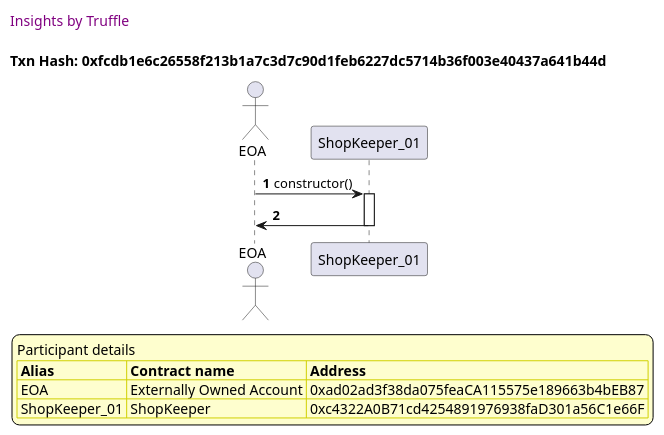
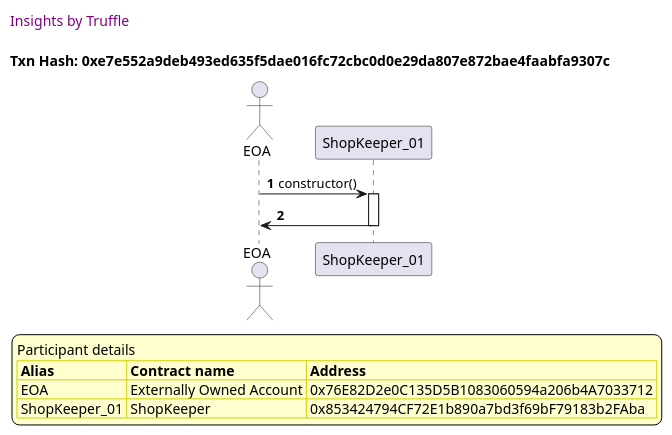
One commit to thedarkjester/ConsensysAssignment changed the eighth of 10 diagrams in truffle-seq/Shop_test_shopkeeper_add_shop.md. Above: the diagram before and after it, drawn with PlantUML. The commit also changed other lines of this file and 13 other files, not shown here.

````diff
--- a/truffle-seq/Shop_test_shopkeeper_add_shop.md
+++ b/truffle-seq/Shop_test_shopkeeper_add_shop.md
@@ -394,37 +364,37 @@
 ```plantuml
 
 
 @startuml
 
 autonumber
 skinparam legendBackgroundColor #FEFECE
 
 <style>
       header {
         HorizontalAlignment left
         FontColor purple
         FontSize 14
         Padding 10
       }
     </style>
 
 header Insights by Truffle
 
-title Txn Hash: 0xfcdb1e6c26558f213b1a7c3d7c90d1feb6227dc5714b36f003e40437a641b44d
+title Txn Hash: 0xe7e552a9deb493ed635f5dae016fc72cbc0d0e29da807e872bae4faabfa9307c
 
 
 actor EOA as "EOA"
 participant ShopKeeper_01 as "ShopKeeper_01"
 
 "EOA" -> "ShopKeeper_01" ++: constructor()
 "ShopKeeper_01" -> "EOA" --: 
 
 legend
 Participant details
 <#FEFECE,#D0D000>|= Alias |= Contract name |= Address |
-<#FEFECE>| EOA | Externally Owned Account | 0xad02ad3f38da075feaCA115575e189663b4bEB87 |
-<#FEFECE>| ShopKeeper_01 | ShopKeeper | 0xc4322A0B71cd4254891976938faD301a56C1e66F |
+<#FEFECE>| EOA | Externally Owned Account | 0x76E82D2e0C135D5B1083060594a206b4A7033712 |
+<#FEFECE>| ShopKeeper_01 | ShopKeeper | 0x853424794CF72E1b890a7bd3f69bF79183b2FAba |
 endlegend
 
 @enduml
 ```
````
